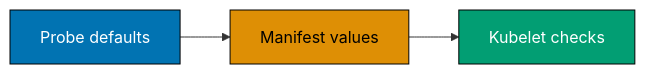
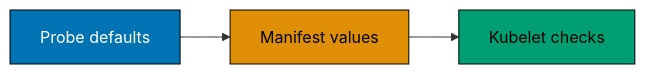
One commit to wahidyankf/ose-public changed the third of 10 diagrams in apps/ayokoding-www/content/en/learn/courses/containers-and-orchestration/learning/advanced.md. Above: the diagram before and after it, drawn with Mermaid. The commit also changed other lines of this file and 144 other files, not shown here.

First line of the commit message:
fix(mermaid): bring the first half of the courses diagrams onto the accessible palette

````diff
--- a/apps/ayokoding-www/content/en/learn/courses/containers-and-orchestration/learning/advanced.md
+++ b/apps/ayokoding-www/content/en/learn/courses/containers-and-orchestration/learning/advanced.md
@@ -110,10 +116,13 @@
 ```mermaid
 graph LR
+  accTitle: Example 58: Probe defaults
+  accDescr: Graph with 3 nodes and 2 connections. Nodes: Probe defaults, Manifest values, Kubelet checks. Connections: Probe defaults to Manifest values, Manifest values to Kubelet checks.
   D[Probe defaults] --> V[Manifest values] --> K[Kubelet checks]
-  classDef blue fill:#0173B2,stroke:#000,color:#fff
-  classDef teal fill:#029E73,stroke:#000,color:#fff
-  classDef orange fill:#DE8F05,stroke:#000,color:#000
+  classDef blue fill:#0173B2,stroke:#000000,color:#FFFFFF
+  classDef teal fill:#029E73,stroke:#000000,color:#000000
+  classDef orange fill:#DE8F05,stroke:#000000,color:#000000
   class D blue
   class V orange
   class K teal
+  classDef default fill:#FFFFFF,stroke:#000000,color:#000000
 ```
````
